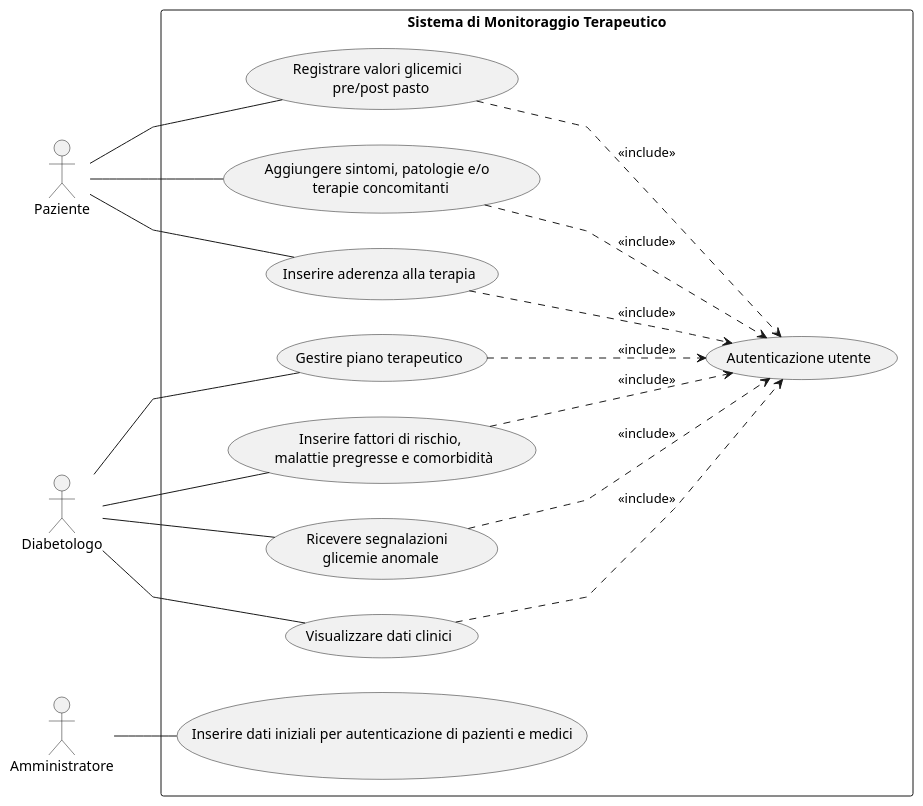
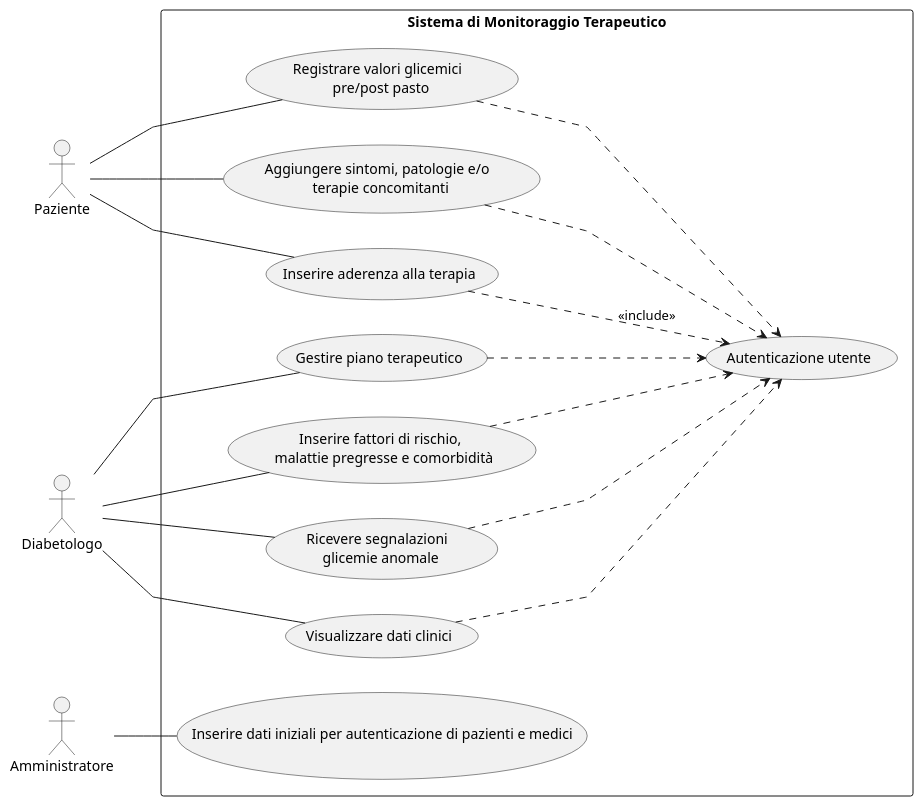
The diagram in diagrammi/usercase.puml (xMxrgan/Software-Engineering), drawn with PlantUML before and after one commit. The commit also changed 6 other files, not shown here.

```diff
--- a/diagrammi/usercase.puml
+++ b/diagrammi/usercase.puml
@@ -1,32 +1,33 @@
 @startuml usercase
 skinparam linetype polyline
 left to right direction
 actor Paziente
 actor Diabetologo
 actor Amministratore
 
 rectangle "Sistema di Monitoraggio Terapeutico" {
 
 :Paziente: -- (Registrare valori glicemici \n pre/post pasto)
 :Paziente: -- (Aggiungere sintomi, patologie e/o \n terapie concomitanti)
 :Paziente: -- (Inserire aderenza alla terapia)
 
 :Diabetologo: -- (Gestire piano terapeutico)
 :Diabetologo: -- (Inserire fattori di rischio, \n malattie pregresse e comorbidità)
 :Diabetologo: -- (Ricevere segnalazioni \n glicemie anomale)
 :Diabetologo: -- (Visualizzare dati clinici)
 
 :Amministratore: -- (Inserire dati iniziali per autenticazione di pazienti e medici)
 
 (Inserire aderenza alla terapia) ..> (Autenticazione utente) : <<include>>
-(Registrare valori glicemici \n pre/post pasto) ..> (Autenticazione utente) : <<include>>
-(Gestire piano terapeutico) ..> (Autenticazione utente) : <<include>>
-(Ricevere segnalazioni \n glicemie anomale) ..> (Autenticazione utente) : <<include>>
-(Inserire fattori di rischio, \n malattie pregresse e comorbidità) ..> (Autenticazione utente) : <<include>>
-(Visualizzare dati clinici) ..> (Autenticazione utente)  : <<include>>
-(Aggiungere sintomi, patologie e/o \n terapie concomitanti) ..> (Autenticazione utente) : <<include>>
+(Aggiungere sintomi, patologie e/o \n terapie concomitanti) ..> (Autenticazione utente)
+(Registrare valori glicemici \n pre/post pasto) ..> (Autenticazione utente)
+(Gestire piano terapeutico) ..> (Autenticazione utente)
+(Ricevere segnalazioni \n glicemie anomale) ..> (Autenticazione utente)
+(Inserire fattori di rischio, \n malattie pregresse e comorbidità) ..> (Autenticazione utente)
+(Visualizzare dati clinici) ..> (Autenticazione utente)
+
 
 
 }
 
 @enduml
```
